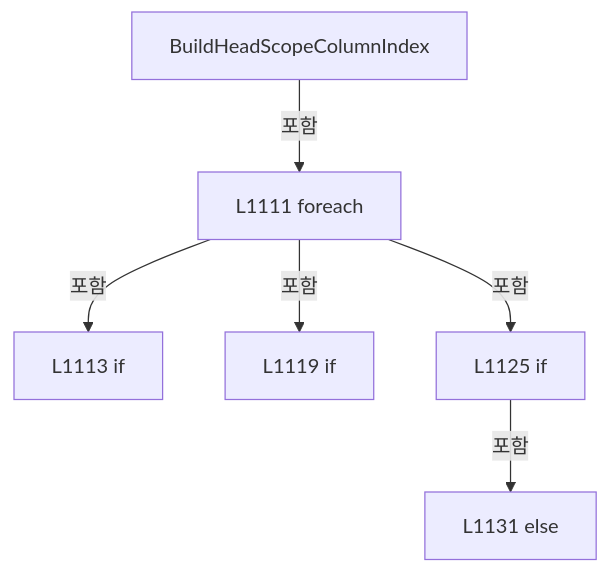
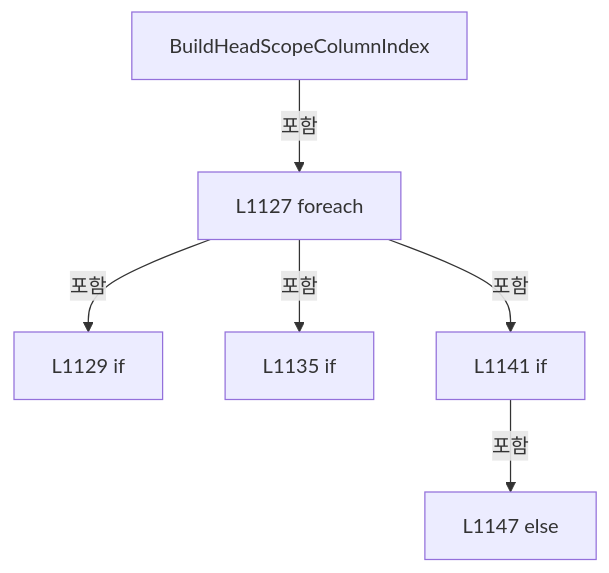
The eighth of 22 diagrams in A3 LD Code Ref/files/Drilling.UI/Menu/Menus/CReviewGlassPreviewBuilder.cs.md (kjuws10-rgb/Shared), drawn with Mermaid before and after one commit. The commit also changed other lines of this file and 2071 other files, not shown here.

Commit message:
docs(a3): update 11.19.0 architecture and code reference

````diff
--- a/A3 LD Code Ref/files/Drilling.UI/Menu/Menus/CReviewGlassPreviewBuilder.cs.md
+++ b/A3 LD Code Ref/files/Drilling.UI/Menu/Menus/CReviewGlassPreviewBuilder.cs.md
@@ -1812,14 +1827,14 @@
 ```mermaid
 flowchart TD
  M["BuildHeadScopeColumnIndex"]
- N0["L1111 foreach"]
+ N0["L1127 foreach"]
  M -->|포함| N0
- N1["L1113 if"]
+ N1["L1129 if"]
  N0 -->|포함| N1
- N2["L1119 if"]
+ N2["L1135 if"]
  N0 -->|포함| N2
- N3["L1125 if"]
+ N3["L1141 if"]
  N0 -->|포함| N3
- N4["L1131 else"]
+ N4["L1147 else"]
  N3 -->|포함| N4
 ```
````
